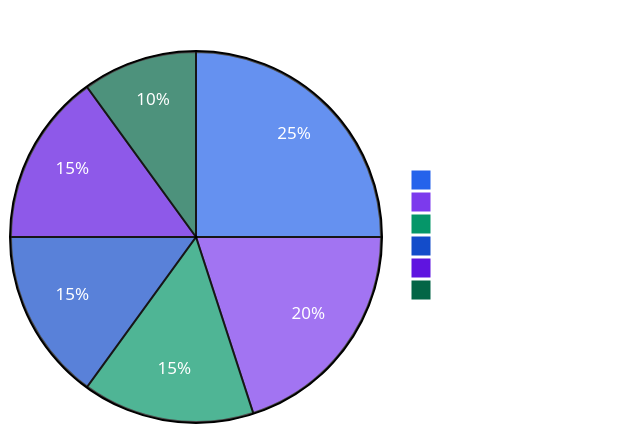
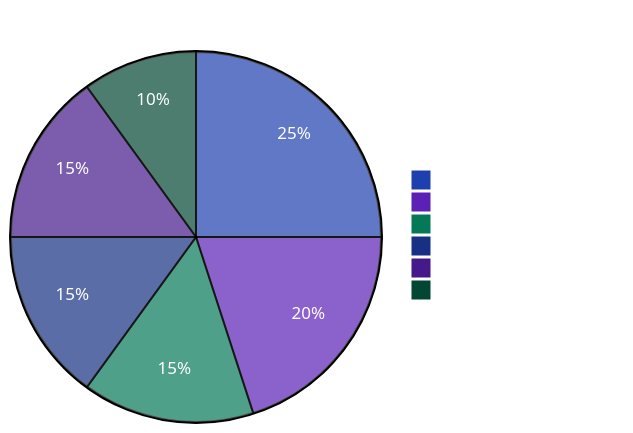
The fourth of 4 diagrams in README.md (khaosans/articles), drawn with Mermaid before and after one commit. The commit also changed other lines of this file and 1 other file, not shown here.

````diff
--- a/README.md
+++ b/README.md
@@ -224,10 +230,10 @@
 ```mermaid
-%%{init: {'theme': 'base', 'themeVariables': { 'fontSize': '14px', 'fontFamily': 'Segoe UI, Arial, sans-serif', 'primaryColor': '#2563eb', 'primaryTextColor': '#ffffff', 'primaryBorderColor': '#1e40af', 'lineColor': '#64748b', 'secondaryColor': '#7c3aed', 'tertiaryColor': '#059669'}}}%%
+%%{init: {'theme': 'base', 'themeVariables': { 'fontSize': '15px', 'fontFamily': 'Segoe UI, Arial, sans-serif', 'primaryColor': '#1e40af', 'primaryTextColor': '#ffffff', 'primaryBorderColor': '#1e3a8a', 'lineColor': '#475569', 'secondaryColor': '#5b21b6', 'tertiaryColor': '#047857'}}}%%
 pie title Content Distribution by Type
     "Role Guides" : 25
     "Research Reports" : 20
     "Implementation Guides" : 15
     "Assessment Tools" : 15
     "Templates and Tools" : 15
     "Visualizations" : 10
 ```
````
